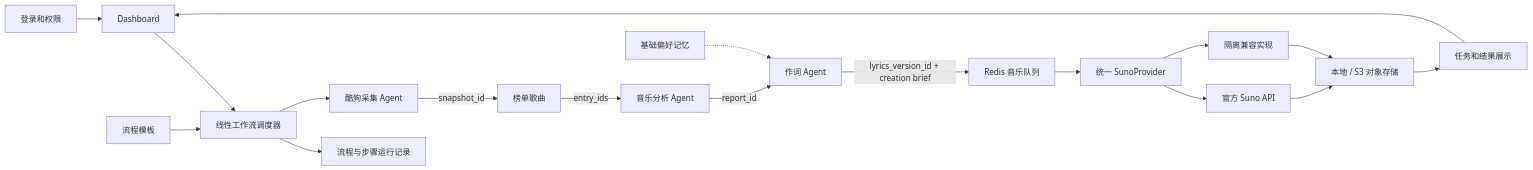
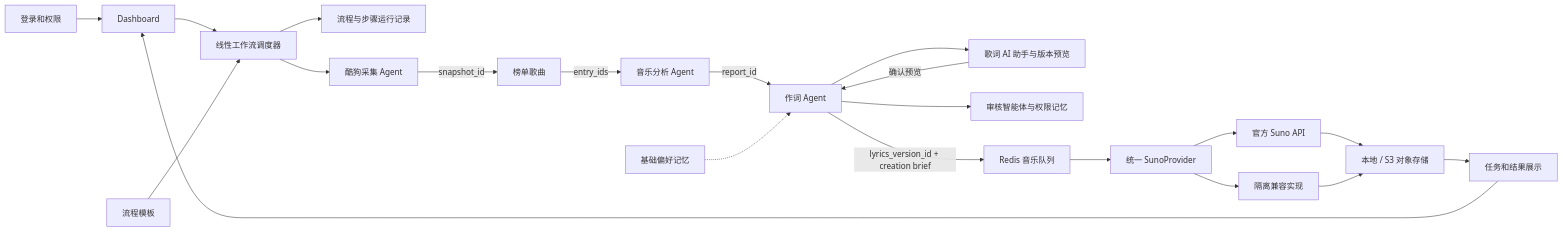
One commit to sunjiaxing520/SunJX changed the tenth of 10 diagrams in projects/blue-music-platform/项目知识图谱.md. Above: the diagram before and after it, drawn with Mermaid. The commit also changed other lines of this file and 52 other files, not shown here.

````diff
--- a/projects/blue-music-platform/项目知识图谱.md
+++ b/projects/blue-music-platform/项目知识图谱.md
@@ -237,36 +237,41 @@
 ```mermaid
 flowchart LR
     Login["登录和权限"]
     Dashboard["Dashboard"]
     Workflow["线性工作流调度器"]
     Template["流程模板"]
     Run["流程与步骤运行记录"]
     Crawler["酷狗采集 Agent"]
     Songs["榜单歌曲"]
     Analysis["音乐分析 Agent"]
     Lyrics["作词 Agent"]
+    LyricsAssistant["歌词 AI 助手与版本预览"]
+    ReviewAgent["审核智能体与权限记忆"]
     Memory["基础偏好记忆"]
     MusicQueue["Redis 音乐队列"]
     MusicProvider["统一 SunoProvider"]
     Official["官方 Suno API"]
     Compat["隔离兼容实现"]
     Storage["本地 / S3 对象存储"]
     Results["任务和结果展示"]
 
     Login --> Dashboard
     Dashboard --> Workflow
     Template --> Workflow --> Run
     Workflow --> Crawler
     Crawler -->|snapshot_id| Songs
     Songs -->|entry_ids| Analysis
     Analysis -->|report_id| Lyrics
     Memory -.-> Lyrics
+    Lyrics --> LyricsAssistant
+    LyricsAssistant -->|确认预览| Lyrics
+    Lyrics --> ReviewAgent
     Lyrics -->|lyrics_version_id + creation brief| MusicQueue
     MusicQueue --> MusicProvider
     MusicProvider --> Official
     MusicProvider --> Compat
     Official --> Storage
     Compat --> Storage
     Storage --> Results
     Results --> Dashboard
 ```
````
